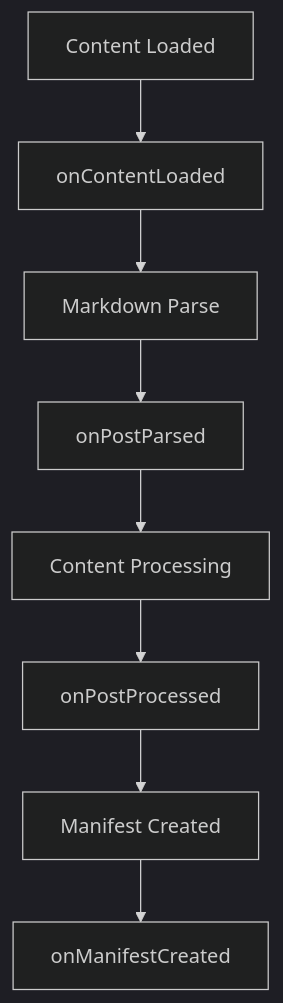
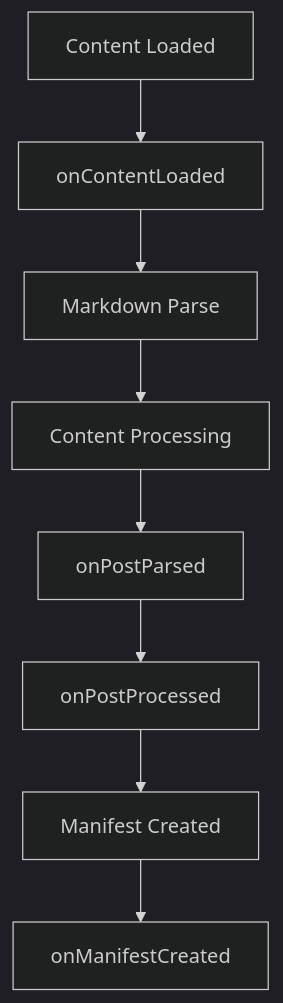
Before and after one commit to Rerurate514/riebeckite: the fourth of 4 diagrams in docs/docs/framework/content-system/sources.md, drawn with Mermaid (dark theme). The commit also changed 113 other files, not shown here.

````diff
--- a/docs/docs/framework/content-system/sources.md
+++ b/docs/docs/framework/content-system/sources.md
@@ -131,19 +131,19 @@
 ```mermaid
 flowchart TD
     Load["Content Loaded"]
     H1["onContentLoaded"]
     Parse["Markdown Parse"]
     H2["onPostParsed"]
     Process["Content Processing"]
     H3["onPostProcessed"]
     Manifest["Manifest Created"]
     H4["onManifestCreated"]
 
     Load --> H1
     H1 --> Parse
-    Parse --> H2
-    H2 --> Process
-    Process --> H3
+    Parse --> Process
+    Process --> H2
+    H2 --> H3
     H3 --> Manifest
     Manifest --> H4
 ```
````
